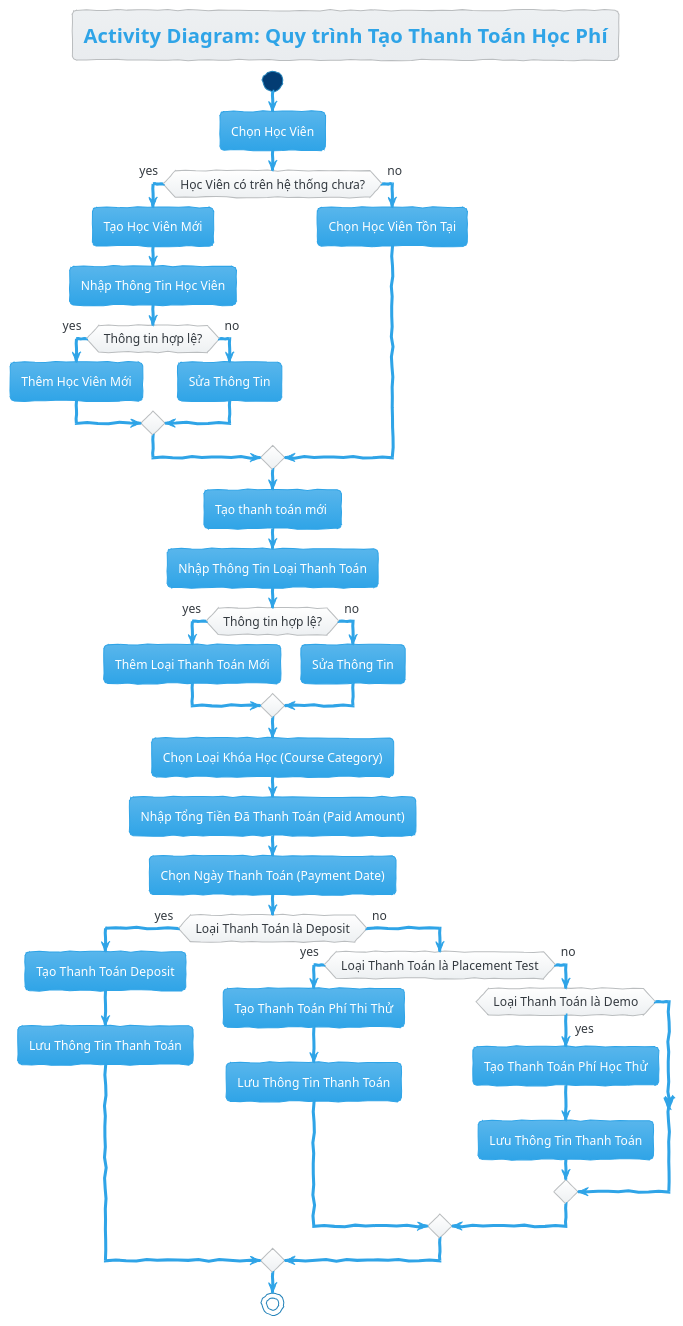
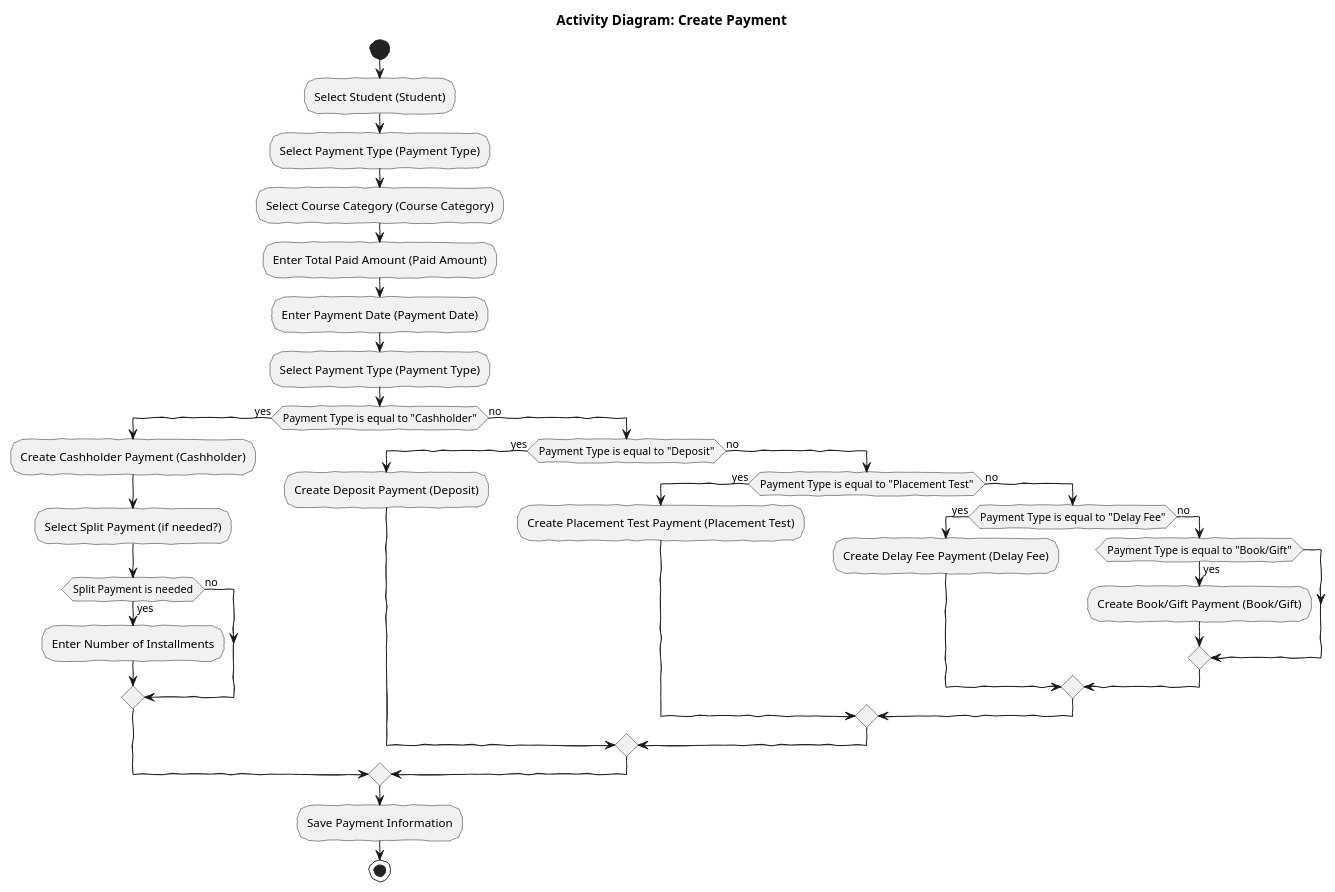
One commit to quynhnhu-172002/SE357-Pratice-class changed the diagram in LAB 1/Lab 1.2/Activity/Create Payment.md. Above: the diagram before and after it, drawn with PlantUML.

Commit message:
Update Create Payment.md

```diff
--- a/LAB 1/Lab 1.2/Activity/Create Payment.md
+++ b/LAB 1/Lab 1.2/Activity/Create Payment.md
@@ -1,55 +1,47 @@
 @startuml
-!theme cerulean
 
 skinparam handwritten true
 
-title Activity Diagram: Quy trình Tạo Thanh Toán Học Phí
+title Activity Diagram: Create Payment
 
 start
 
-:Chọn Học Viên;
+:Select Student (Student);
+:Select Payment Type (Payment Type);
+:Select Course Category (Course Category);
+:Enter Total Paid Amount (Paid Amount);
+:Enter Payment Date (Payment Date);
 
-if (Học Viên có trên hệ thống chưa?) then (yes)
-  :Tạo Học Viên Mới;
-  :Nhập Thông Tin Học Viên;
-  if (Thông tin hợp lệ?) then (yes)
-    :Thêm Học Viên Mới;
+:Select Payment Type (Payment Type);
+
+if (Payment Type is equal to "Cashholder") then (yes)
+  :Create Cashholder Payment (Cashholder);
+  :Select Split Payment (if needed?);
+  if (Split Payment is needed) then (yes)
+    :Enter Number of Installments;
   else (no)
-    :Sửa Thông Tin;
   endif
 else (no)
-  :Chọn Học Viên Tồn Tại;
-endif
-
-:Tạo thanh toán mới ;
-
-  :Nhập Thông Tin Loại Thanh Toán;
-  if (Thông tin hợp lệ?) then (yes)
-    :Thêm Loại Thanh Toán Mới;
+  if (Payment Type is equal to "Deposit") then (yes)
+    :Create Deposit Payment (Deposit);
   else (no)
-    :Sửa Thông Tin;
-
-endif
-
-:Chọn Loại Khóa Học (Course Category);
-:Nhập Tổng Tiền Đã Thanh Toán (Paid Amount);
-:Chọn Ngày Thanh Toán (Payment Date);
-
-if (Loại Thanh Toán là Deposit) then (yes)
-  :Tạo Thanh Toán Deposit;
-  :Lưu Thông Tin Thanh Toán;
-else (no)
-  if (Loại Thanh Toán là Placement Test) then (yes)
-    :Tạo Thanh Toán Phí Thi Thử;
-    :Lưu Thông Tin Thanh Toán;
-  else (no)
-    if (Loại Thanh Toán là Demo) then (yes)
-      :Tạo Thanh Toán Phí Học Thử;
-      :Lưu Thông Tin Thanh Toán;
+    if (Payment Type is equal to "Placement Test") then (yes)
+      :Create Placement Test Payment (Placement Test);
+    else (no)
+      if (Payment Type is equal to "Delay Fee") then (yes)
+        :Create Delay Fee Payment (Delay Fee);
+      else (no)
+        if (Payment Type is equal to "Book/Gift") then (yes)
+          :Create Book/Gift Payment (Book/Gift);
+        endif
+      endif
     endif
   endif
 endif
 
+:Save Payment Information;
+
+
 stop
 
 @enduml
```
